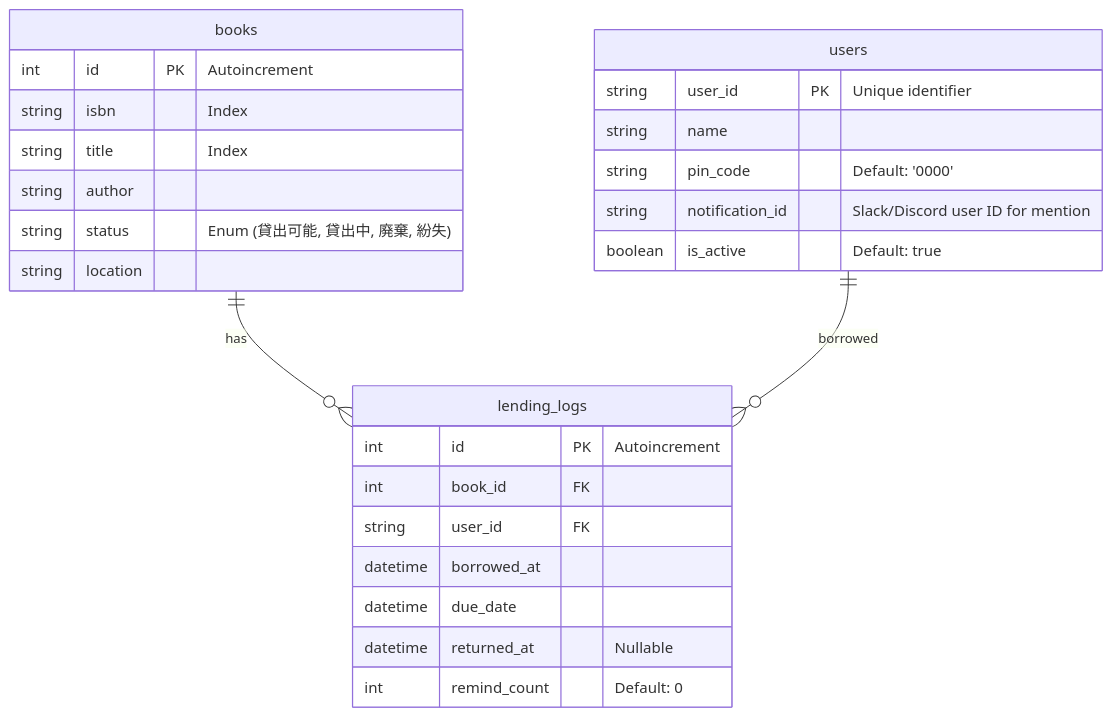
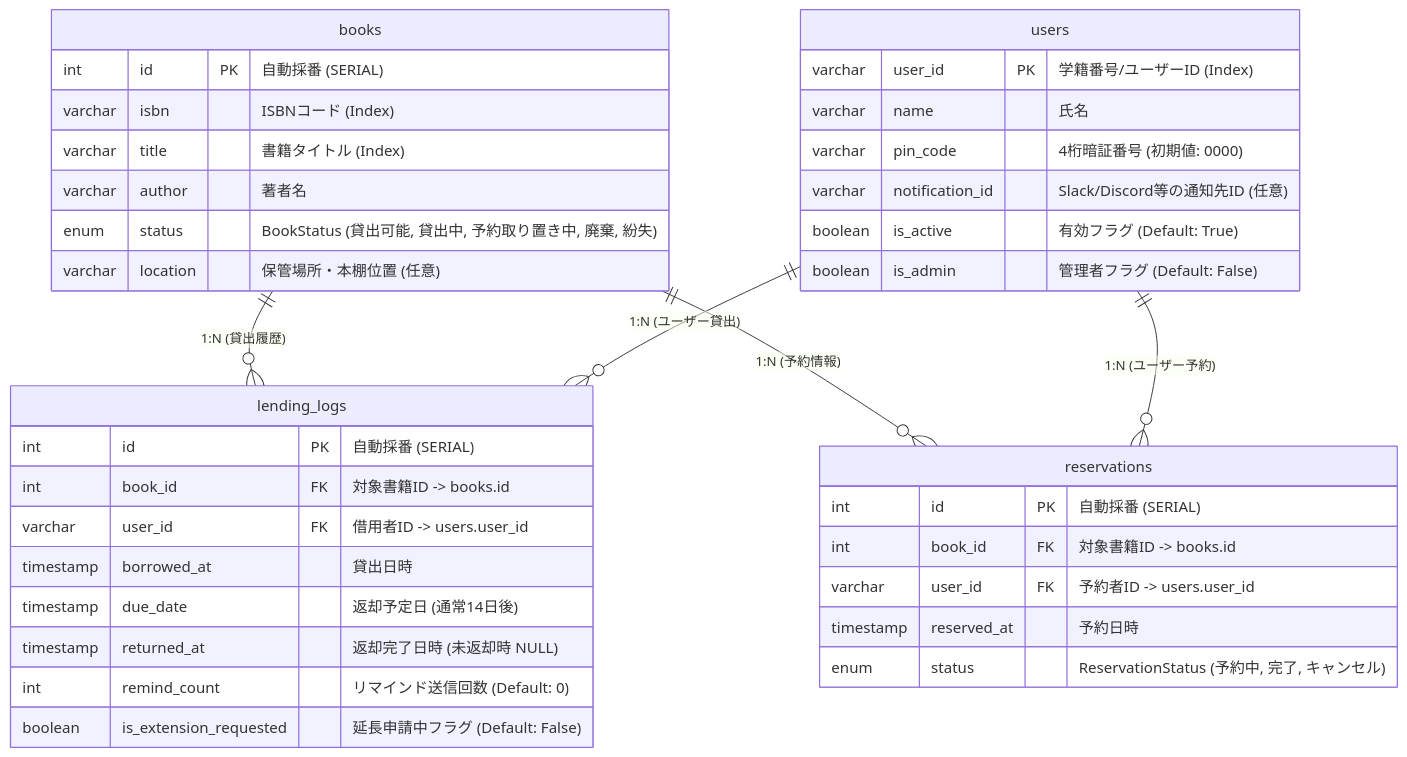
One commit to reitoooo/qusis-library changed the second of 7 diagrams in ARCHITECTURE.md. Above: the diagram before and after it, drawn with Mermaid. The commit also changed other lines of this file, not shown here.

````diff
--- a/ARCHITECTURE.md
+++ b/ARCHITECTURE.md
@@ -98,32 +179,44 @@
 ```mermaid
 erDiagram
-    books ||--o{ lending_logs : "has"
-    users ||--o{ lending_logs : "borrowed"
+    books ||--o{ lending_logs : "1:N (貸出履歴)"
+    books ||--o{ reservations : "1:N (予約情報)"
+    users ||--o{ lending_logs : "1:N (ユーザー貸出)"
+    users ||--o{ reservations : "1:N (ユーザー予約)"
 
     books {
-        int id PK "Autoincrement"
-        string isbn "Index"
-        string title "Index"
-        string author
-        string status "Enum (貸出可能, 貸出中, 廃棄, 紛失)"
-        string location
+        int id PK "自動採番 (SERIAL)"
+        varchar isbn "ISBNコード (Index)"
+        varchar title "書籍タイトル (Index)"
+        varchar author "著者名"
+        enum status "BookStatus (貸出可能, 貸出中, 予約取り置き中, 廃棄, 紛失)"
+        varchar location "保管場所・本棚位置 (任意)"
     }
 
     users {
-        string user_id PK "Unique identifier"
-        string name
-        string pin_code "Default: '0000'"
-        string notification_id "Slack/Discord user ID for mention"
-        boolean is_active "Default: true"
+        varchar user_id PK "学籍番号/ユーザーID (Index)"
+        varchar name "氏名"
+        varchar pin_code "4桁暗証番号 (初期値: 0000)"
+        varchar notification_id "Slack/Discord等の通知先ID (任意)"
+        boolean is_active "有効フラグ (Default: True)"
+        boolean is_admin "管理者フラグ (Default: False)"
     }
 
     lending_logs {
-        int id PK "Autoincrement"
-        int book_id FK
-        string user_id FK
-        datetime borrowed_at
-        datetime due_date
-        datetime returned_at "Nullable"
-        int remind_count "Default: 0"
+        int id PK "自動採番 (SERIAL)"
+        int book_id FK "対象書籍ID -> books.id"
+        varchar user_id FK "借用者ID -> users.user_id"
+        timestamp borrowed_at "貸出日時"
+        timestamp due_date "返却予定日 (通常14日後)"
+        timestamp returned_at "返却完了日時 (未返却時 NULL)"
+        int remind_count "リマインド送信回数 (Default: 0)"
+        boolean is_extension_requested "延長申請中フラグ (Default: False)"
+    }
+
+    reservations {
+        int id PK "自動採番 (SERIAL)"
+        int book_id FK "対象書籍ID -> books.id"
+        varchar user_id FK "予約者ID -> users.user_id"
+        timestamp reserved_at "予約日時"
+        enum status "ReservationStatus (予約中, 完了, キャンセル)"
     }
 ```
````
